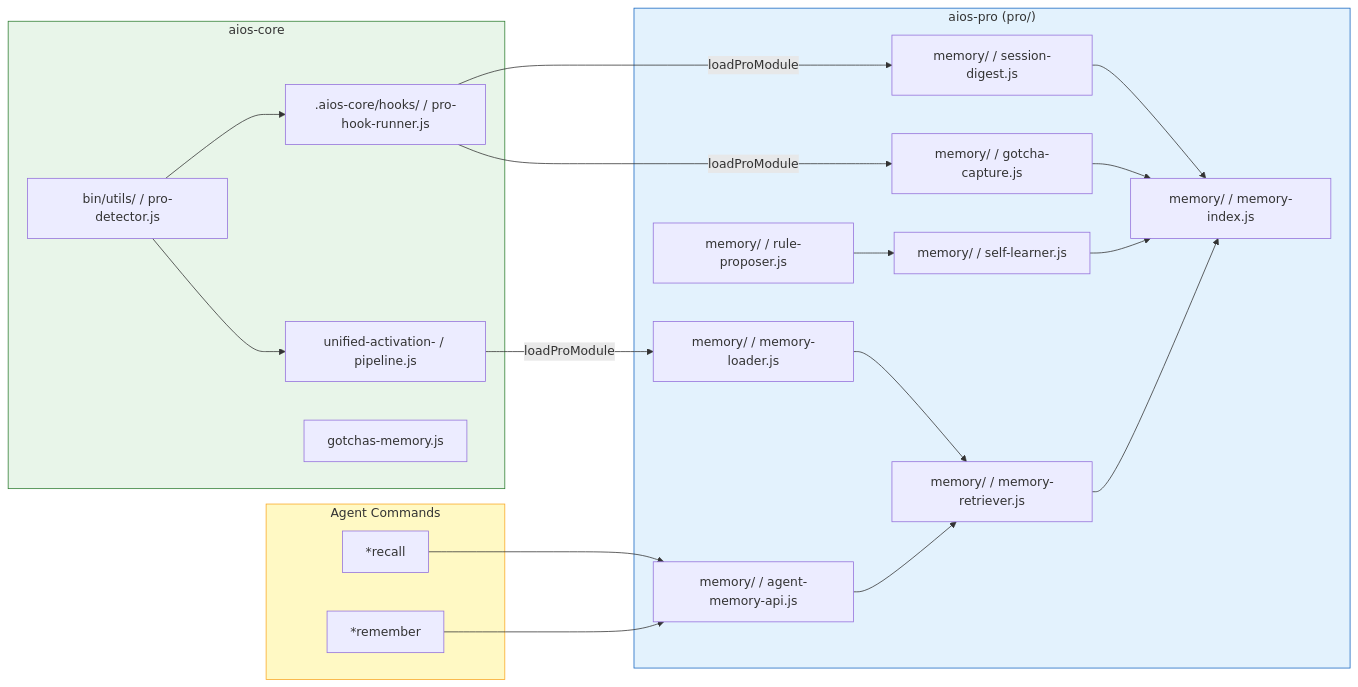
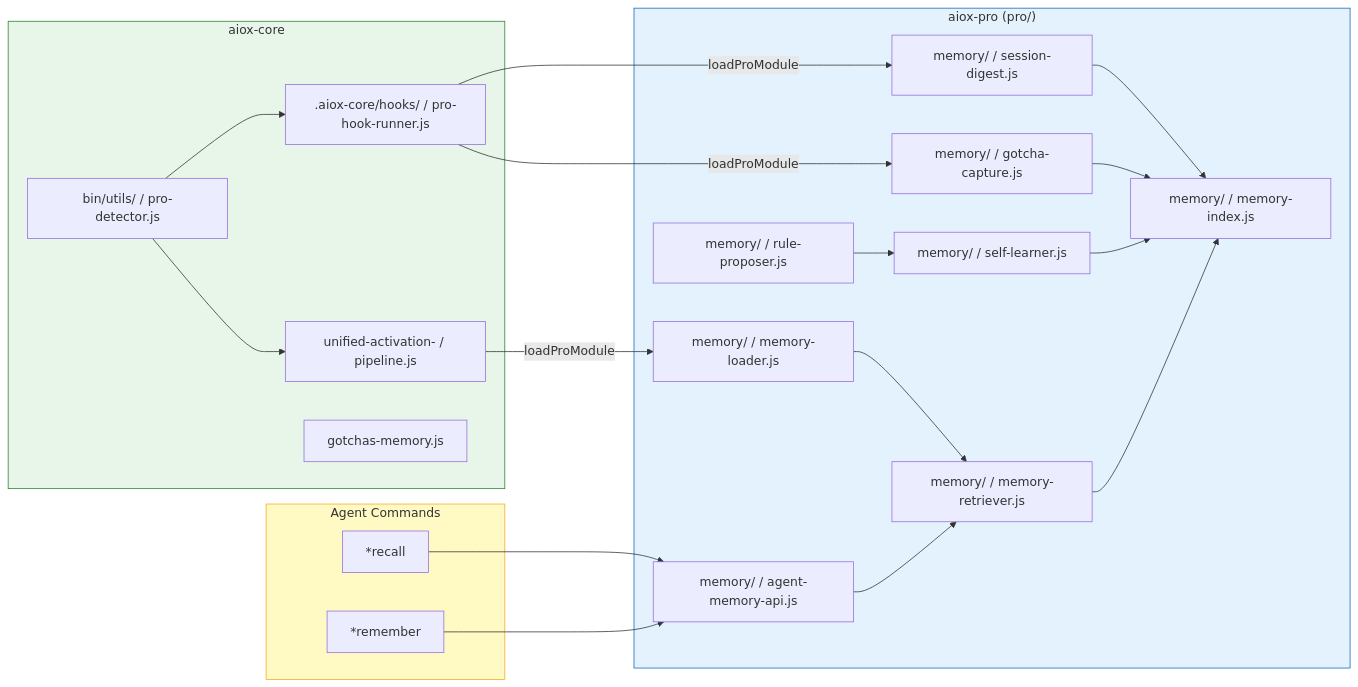
The fourth of 11 diagrams in content/en/docs/guides/MEMORY-INTELLIGENCE-SYSTEM.mdx (bychrisr/aios-docs), drawn with Mermaid before and after one commit. The commit also changed other lines of this file and 564 other files, not shown here.

Commit message:
chore(sync): auto-sync from aios-core 2026-03-05 [skip ci]

````diff
--- a/content/en/docs/guides/MEMORY-INTELLIGENCE-SYSTEM.mdx
+++ b/content/en/docs/guides/MEMORY-INTELLIGENCE-SYSTEM.mdx
@@ -375,46 +375,46 @@
 ```mermaid
 flowchart LR
-    subgraph CORE["aios-core"]
-        HR[".aios-core/hooks/ / pro-hook-runner.js"]
+    subgraph CORE["aiox-core"]
+        HR[".aiox-core/hooks/ / pro-hook-runner.js"]
         UAP["unified-activation- / pipeline.js"]
         GM["gotchas-memory.js"]
         PD["bin/utils/ / pro-detector.js"]
     end
 
-    subgraph PRO["aios-pro (pro/)"]
+    subgraph PRO["aiox-pro (pro/)"]
         SD["memory/ / session-digest.js"]
         GC["memory/ / gotcha-capture.js"]
         MI["memory/ / memory-index.js"]
         MR["memory/ / memory-retriever.js"]
         ML["memory/ / memory-loader.js"]
         SL["memory/ / self-learner.js"]
         RP["memory/ / rule-proposer.js"]
         API["memory/ / agent-memory-api.js"]
     end
 
     subgraph COMMANDS["Agent Commands"]
         CMD_RECALL["*recall"]
         CMD_REMEMBER["*remember"]
     end
 
     HR -->|"loadProModule"| SD
     HR -->|"loadProModule"| GC
     UAP -->|"loadProModule"| ML
     PD --> HR
     PD --> UAP
 
     SD --> MI
     GC --> MI
     SL --> MI
     ML --> MR
     MR --> MI
     API --> MR
     RP --> SL
 
     CMD_RECALL --> API
     CMD_REMEMBER --> API
 
     style CORE fill:#E8F5E9,stroke:#2E7D32
     style PRO fill:#E3F2FD,stroke:#1565C0
     style COMMANDS fill:#FFF9C4,stroke:#F9A825
 ```
````
